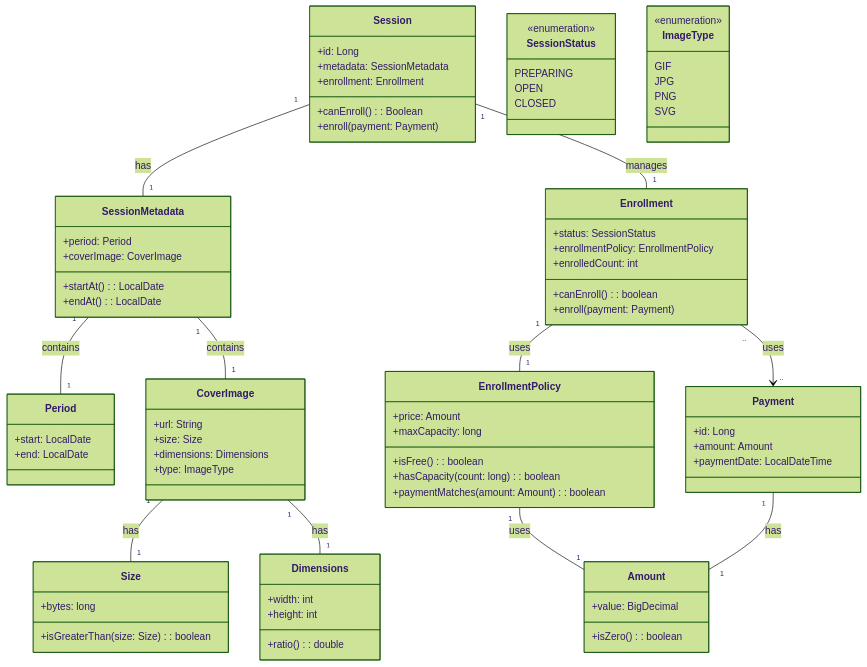
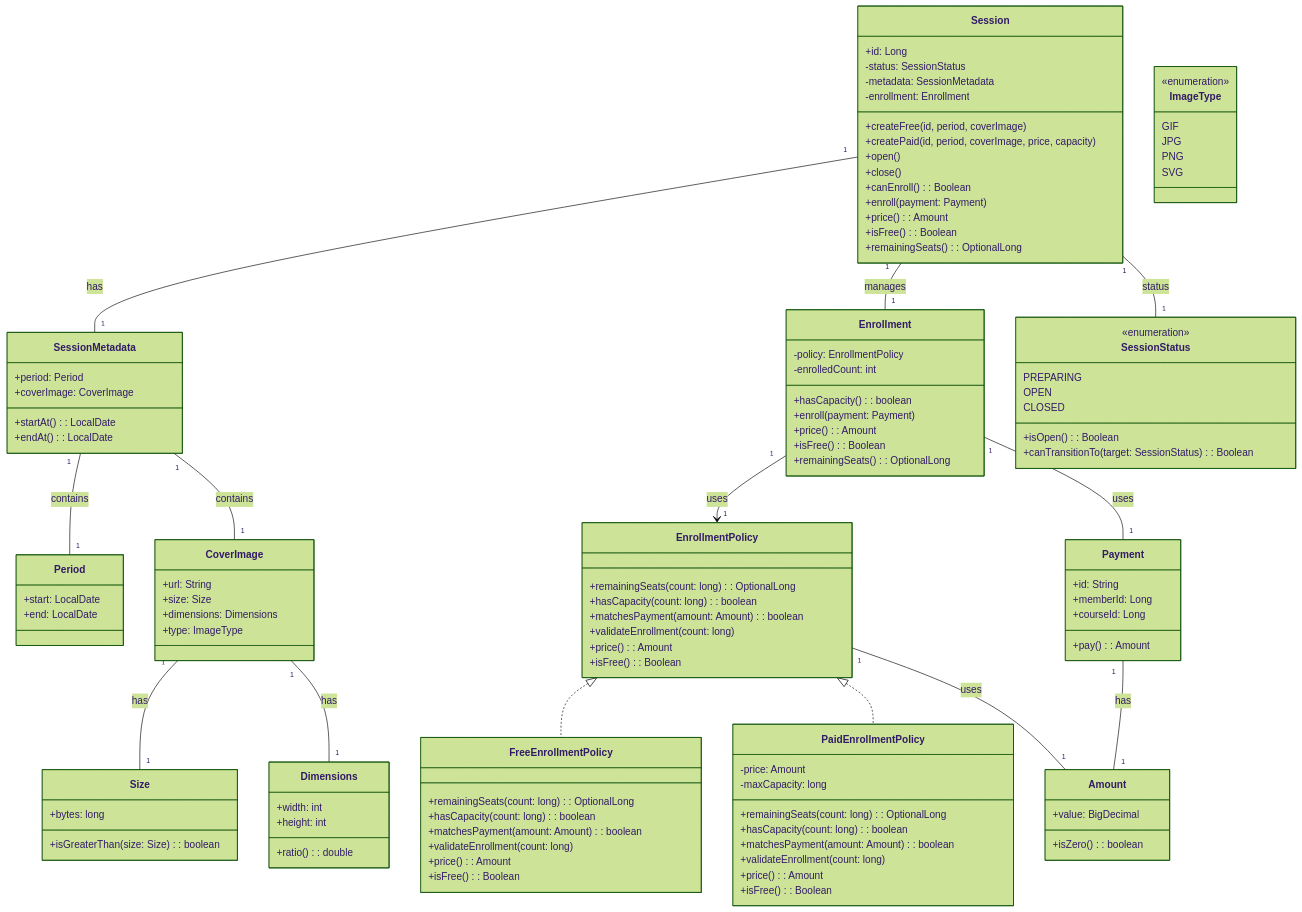
One commit to next-step/java-lms changed the diagram in src/main/java/객체구조.md. Above: the diagram before and after it, drawn with Mermaid (forest theme). The commit also changed 7 other files, not shown here.

````diff
--- a/src/main/java/객체구조.md
+++ b/src/main/java/객체구조.md
@@ -4,10 +4,18 @@
 %% ================= Aggregate Root =================
 class Session {
   +id: Long
-  +metadata: SessionMetadata
-  +enrollment: Enrollment
+  -status: SessionStatus
+  -metadata: SessionMetadata
+  -enrollment: Enrollment
+  +createFree(id, period, coverImage)
+  +createPaid(id, period, coverImage, price, capacity)
+  +open()
+  +close()
   +canEnroll(): Boolean
   +enroll(payment: Payment)
+  +price(): Amount
+  +isFree(): Boolean
+  +remainingSeats(): OptionalLong
 }
 
 %% ================= Metadata =================
@@ -41,21 +49,52 @@
   +ratio(): double
 }
 
-%% ================= Enrollment =================
+class ImageType {
+  <<enumeration>>
+  GIF
+  JPG
+  PNG
+  SVG
+}
+
+%% ================= Enrollment & Policy =================
 class Enrollment {
-  +status: SessionStatus
-  +enrollmentPolicy: EnrollmentPolicy
-  +enrolledCount: int
-  +canEnroll(): boolean
+  -policy: EnrollmentPolicy
+  -enrolledCount: int
+  +hasCapacity(): boolean
   +enroll(payment: Payment)
+  +price(): Amount
+  +isFree(): Boolean
+  +remainingSeats(): OptionalLong
 }
 
 class EnrollmentPolicy {
-  +price: Amount
-  +maxCapacity: long
-  +isFree(): boolean
+  +remainingSeats(count: long): OptionalLong
   +hasCapacity(count: long): boolean
-  +paymentMatches(amount: Amount): boolean
+  +matchesPayment(amount: Amount): boolean
+  +validateEnrollment(count: long)
+  +price(): Amount
+  +isFree(): Boolean
+}
+
+class FreeEnrollmentPolicy {
+  +remainingSeats(count: long): OptionalLong
+  +hasCapacity(count: long): boolean
+  +matchesPayment(amount: Amount): boolean
+  +validateEnrollment(count: long)
+  +price(): Amount
+  +isFree(): Boolean
+}
+
+class PaidEnrollmentPolicy {
+  -price: Amount
+  -maxCapacity: long
+  +remainingSeats(count: long): OptionalLong
+  +hasCapacity(count: long): boolean
+  +matchesPayment(amount: Amount): boolean
+  +validateEnrollment(count: long)
+  +price(): Amount
+  +isFree(): Boolean
 }
 
 class Amount {
@@ -64,25 +103,19 @@
 }
 
 class Payment {
-  +id: Long
-  +amount: Amount
-  +paymentDate: LocalDateTime
+  +id: String
+  +memberId: Long
+  +courseId: Long
+  +pay(): Amount
 }
 
-%% ================= Enumerations =================
 class SessionStatus {
   <<enumeration>>
   PREPARING
   OPEN
   CLOSED
-}
-
-class ImageType {
-  <<enumeration>>
-  GIF
-  JPG
-  PNG
-  SVG
+  +isOpen(): Boolean
+  +canTransitionTo(target: SessionStatus): Boolean
 }
 
 %% ================= Relationships =================
@@ -92,9 +125,11 @@
 SessionMetadata "1" -- "1" CoverImage : contains
 CoverImage "1" -- "1" Size : has
 CoverImage "1" -- "1" Dimensions : has
-Enrollment "1" -- "1" EnrollmentPolicy : uses
-Enrollment ".." --> ".." Payment : uses
+Enrollment "1" --> "1" EnrollmentPolicy : uses
+EnrollmentPolicy <|.. FreeEnrollmentPolicy
+EnrollmentPolicy <|.. PaidEnrollmentPolicy
+Enrollment "1" -- "1" Payment : uses
 EnrollmentPolicy "1" -- "1" Amount : uses
 Payment "1" -- "1" Amount : has
-
+Session "1" -- "1" SessionStatus : status
 ```
````
